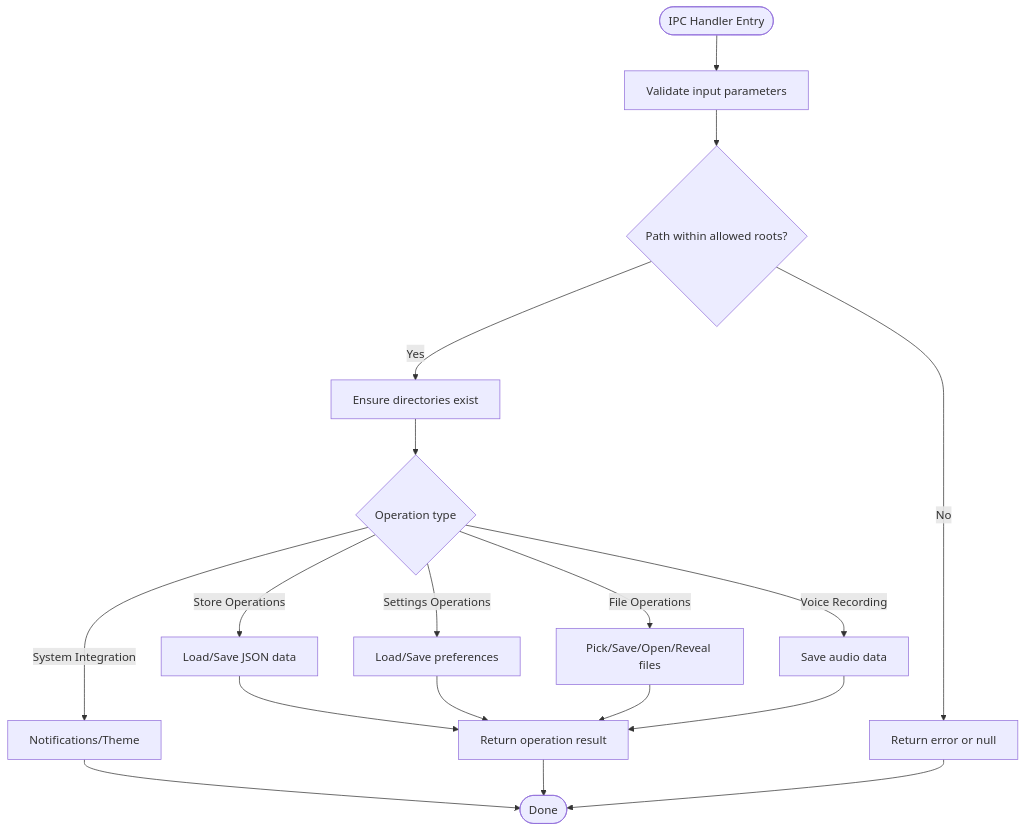
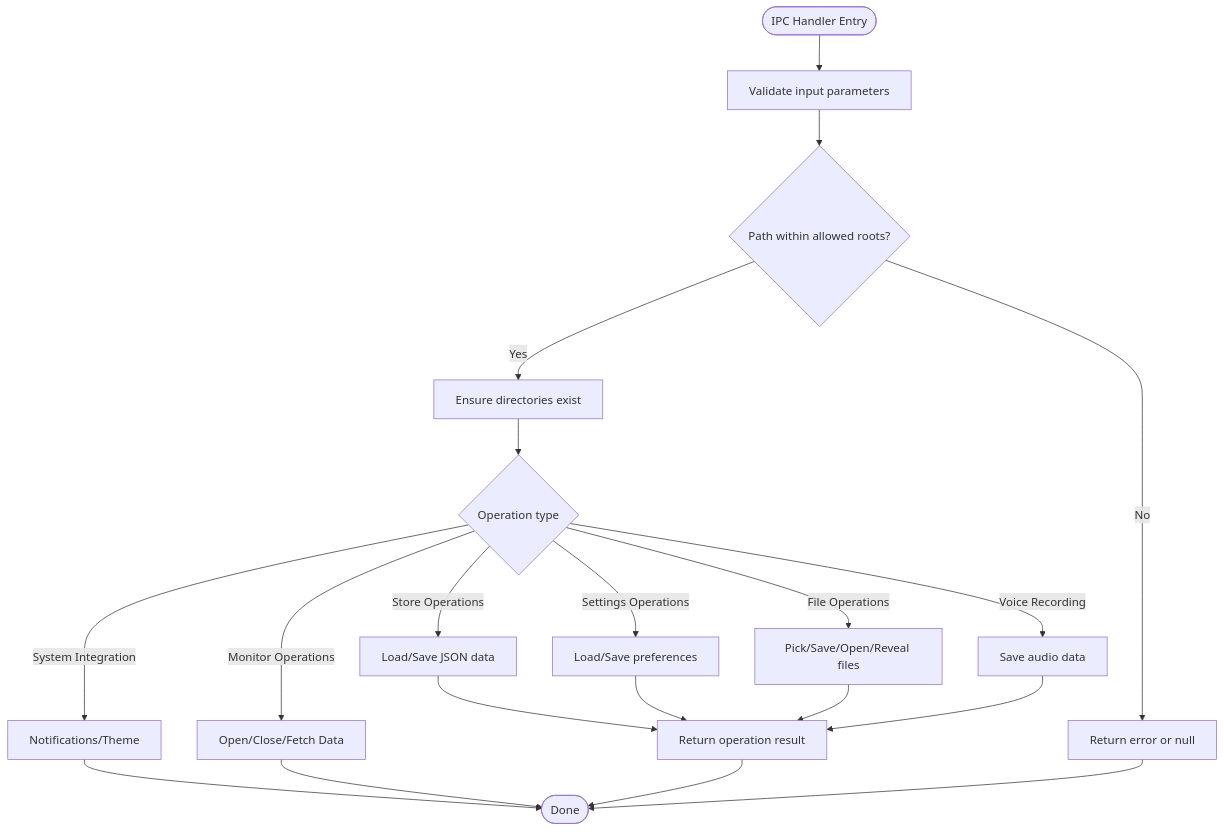
One commit to Annguyen0410/Personal-Messenger-Like-Storage- changed the third of 8 diagrams in .qoder/repowiki/en/content/Architecture Overview.md. Above: the diagram before and after it, drawn with Mermaid. The commit also changed other lines of this file and 10 other files, not shown here.

````diff
--- a/.qoder/repowiki/en/content/Architecture Overview.md
+++ b/.qoder/repowiki/en/content/Architecture Overview.md
@@ -179,20 +210,22 @@
 ```mermaid
 flowchart TD
 Start(["IPC Handler Entry"]) --> Validate["Validate input parameters"]
 Validate --> PathCheck{"Path within allowed roots?"}
 PathCheck --> |No| Deny["Return error or null"]
 PathCheck --> |Yes| EnsureDirs["Ensure directories exist"]
 EnsureDirs --> Operation{"Operation type"}
 Operation --> |Store Operations| StoreOps["Load/Save JSON data"]
 Operation --> |Settings Operations| SettingsOps["Load/Save preferences"]
 Operation --> |File Operations| FileOps["Pick/Save/Open/Reveal files"]
 Operation --> |Voice Recording| VoiceOps["Save audio data"]
 Operation --> |System Integration| SysOps["Notifications/Theme"]
+Operation --> |Monitor Operations| MonOps["Open/Close/Fetch Data"]
 StoreOps --> ReturnMeta["Return operation result"]
 SettingsOps --> ReturnMeta
 FileOps --> ReturnMeta
 VoiceOps --> ReturnMeta
 SysOps --> Done(["Done"])
+MonOps --> Done
 ReturnMeta --> Done
 Deny --> Done
 ```
````
